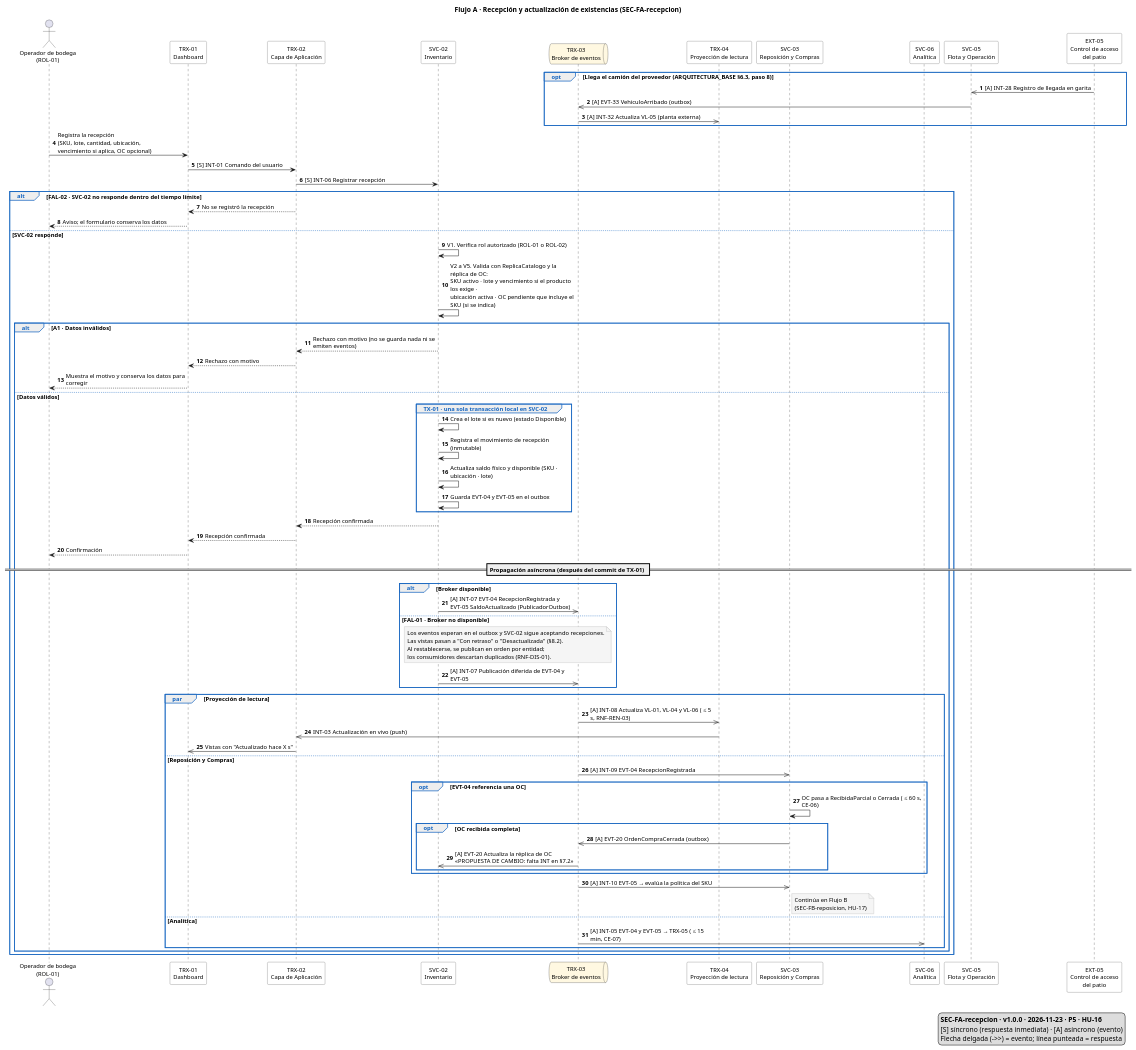
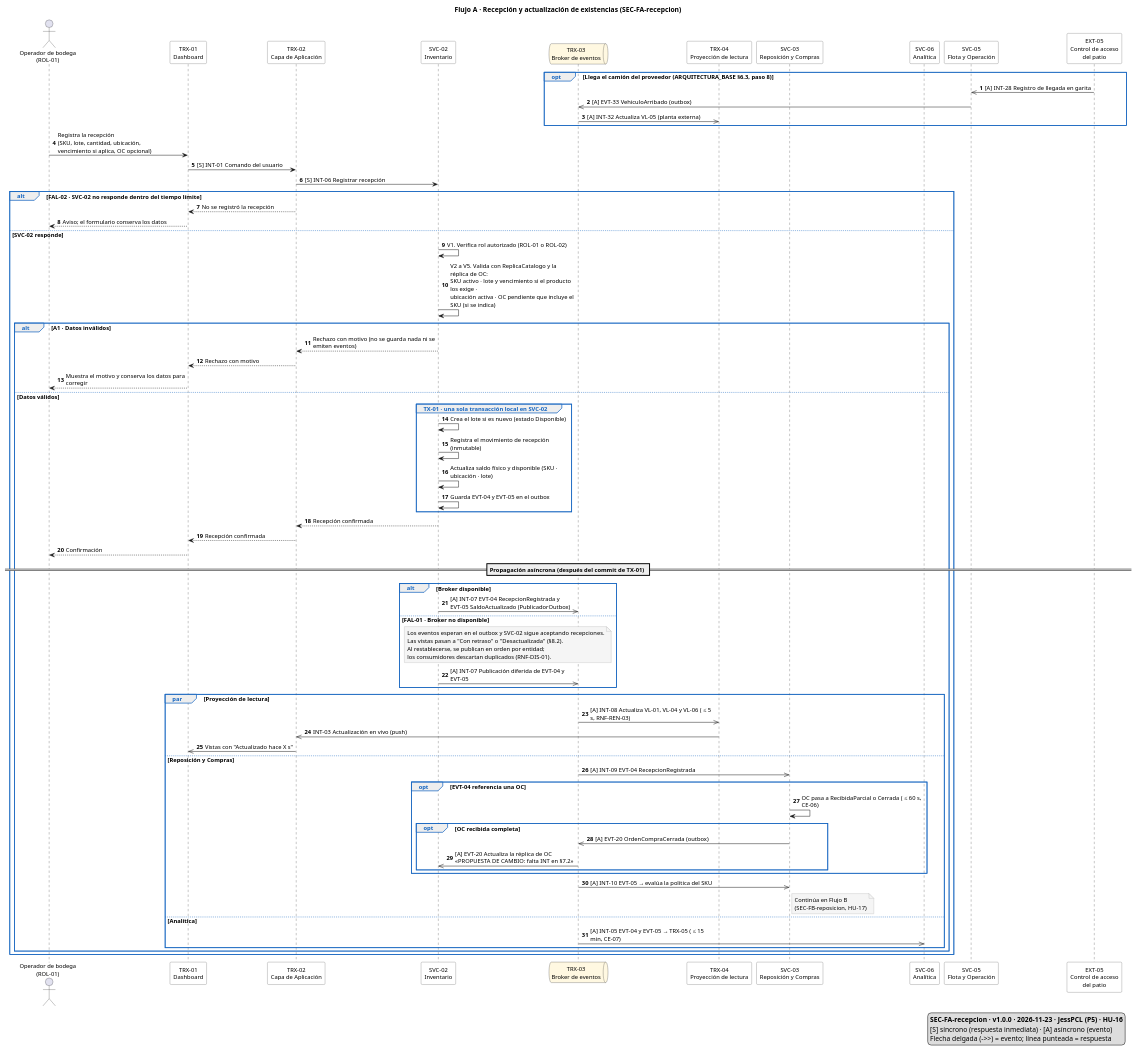
The diagram in docs/diagramas/fuente/SEC-FA-recepcion.puml (elorgus/Deber-2-Sistemas), drawn with PlantUML before and after one commit. The commit also changed 4 other files, not shown here.

```diff
--- a/docs/diagramas/fuente/SEC-FA-recepcion.puml
+++ b/docs/diagramas/fuente/SEC-FA-recepcion.puml
@@ -1,106 +1,106 @@
 @startuml SEC-FA-recepcion
-' SEC-FA-recepcion · v1.0.0 · 2026-11-23 · P5 · HU-16
+' SEC-FA-recepcion · v1.0.0 · 2026-11-23 · JessPCL (P5) · HU-16
 ' Contrato de referencia: docs/ARQUITECTURA_BASE.md v1.0.0
 skinparam shadowing false
 skinparam defaultFontName Arial
 skinparam defaultFontSize 12
 skinparam ParticipantBackgroundColor #FFFFFF
 skinparam ParticipantBorderColor #444444
 skinparam QueueBackgroundColor #FFF8E1
 skinparam SequenceGroupBorderColor #1565C0
 skinparam SequenceGroupHeaderFontColor #1565C0
 skinparam NoteBackgroundColor #F5F5F5
 skinparam NoteBorderColor #9E9E9E
 skinparam sequenceMessageAlign left
 skinparam maxMessageSize 260
 
 title Flujo A · Recepción y actualización de existencias (SEC-FA-recepcion)
 
 actor "Operador de bodega\n(ROL-01)" as OB
 participant "TRX-01\nDashboard" as DSH
 participant "TRX-02\nCapa de Aplicación" as APP
 participant "SVC-02\nInventario" as INV
 queue "TRX-03\nBroker de eventos" as BRK
 participant "TRX-04\nProyección de lectura" as PRY
 participant "SVC-03\nReposición y Compras" as REP
 participant "SVC-06\nAnalítica" as ANA
 participant "SVC-05\nFlota y Operación" as FLO
 participant "EXT-05\nControl de acceso\ndel patio" as GAR
 
 autonumber
 
 opt Llega el camión del proveedor (ARQUITECTURA_BASE §6.3, paso 8)
   GAR ->> FLO : [A] INT-28 Registro de llegada en garita
   FLO ->> BRK : [A] EVT-33 VehiculoArribado (outbox)
   BRK ->> PRY : [A] INT-32 Actualiza VL-05 (planta externa)
 end
 
 OB -> DSH : Registra la recepción\n(SKU, lote, cantidad, ubicación,\nvencimiento si aplica, OC opcional)
 DSH -> APP : [S] INT-01 Comando del usuario
 APP -> INV : [S] INT-06 Registrar recepción
 
 alt FAL-02 · SVC-02 no responde dentro del tiempo límite
   APP --> DSH : No se registró la recepción
   DSH --> OB : Aviso; el formulario conserva los datos
 
 else SVC-02 responde
   INV -> INV : V1. Verifica rol autorizado (ROL-01 o ROL-02)
   INV -> INV : V2 a V5. Valida con ReplicaCatalogo y la réplica de OC:\nSKU activo · lote y vencimiento si el producto los exige ·\nubicación activa · OC pendiente que incluye el SKU (si se indica)
 
   alt A1 · Datos inválidos
     INV --> APP : Rechazo con motivo (no se guarda nada ni se emiten eventos)
     APP --> DSH : Rechazo con motivo
     DSH --> OB : Muestra el motivo y conserva los datos para corregir
 
   else Datos válidos
     group TX-01 · una sola transacción local en SVC-02
       INV -> INV : Crea el lote si es nuevo (estado Disponible)
       INV -> INV : Registra el movimiento de recepción (inmutable)
       INV -> INV : Actualiza saldo físico y disponible (SKU · ubicación · lote)
       INV -> INV : Guarda EVT-04 y EVT-05 en el outbox
     end
     INV --> APP : Recepción confirmada
     APP --> DSH : Recepción confirmada
     DSH --> OB : Confirmación
 
     == Propagación asíncrona (después del commit de TX-01) ==
 
     alt Broker disponible
       INV ->> BRK : [A] INT-07 EVT-04 RecepcionRegistrada y\nEVT-05 SaldoActualizado (PublicadorOutbox)
     else FAL-01 · Broker no disponible
       note over INV, BRK
         Los eventos esperan en el outbox y SVC-02 sigue aceptando recepciones.
         Las vistas pasan a "Con retraso" o "Desactualizada" (§8.2).
         Al restablecerse, se publican en orden por entidad;
         los consumidores descartan duplicados (RNF-DIS-01).
       end note
       INV ->> BRK : [A] INT-07 Publicación diferida de EVT-04 y EVT-05
     end
 
     par Proyección de lectura
       BRK ->> PRY : [A] INT-08 Actualiza VL-01, VL-04 y VL-06 (≤ 5 s, RNF-REN-03)
       PRY ->> APP : INT-03 Actualización en vivo (push)
       APP ->> DSH : Vistas con "Actualizado hace X s"
     else Reposición y Compras
       BRK ->> REP : [A] INT-09 EVT-04 RecepcionRegistrada
       opt EVT-04 referencia una OC
         REP -> REP : OC pasa a RecibidaParcial o Cerrada (≤ 60 s, CE-06)
         opt OC recibida completa
           REP ->> BRK : [A] EVT-20 OrdenCompraCerrada (outbox)
           BRK ->> INV : [A] EVT-20 Actualiza la réplica de OC\n«PROPUESTA DE CAMBIO: falta INT en §7.2»
         end
       end
       BRK ->> REP : [A] INT-10 EVT-05 → evalúa la política del SKU
       note right of REP : Continúa en Flujo B\n(SEC-FB-reposicion, HU-17)
     else Analítica
       BRK ->> ANA : [A] INT-05 EVT-04 y EVT-05 → TRX-05 (≤ 15 min, CE-07)
     end
   end
 end
 
 legend right
-  **SEC-FA-recepcion · v1.0.0 · 2026-11-23 · P5 · HU-16**
+  **SEC-FA-recepcion · v1.0.0 · 2026-11-23 · JessPCL (P5) · HU-16**
   [S] síncrono (respuesta inmediata) · [A] asíncrono (evento)
   Flecha delgada (->>) = evento; línea punteada = respuesta
 endlegend
 @enduml
```
